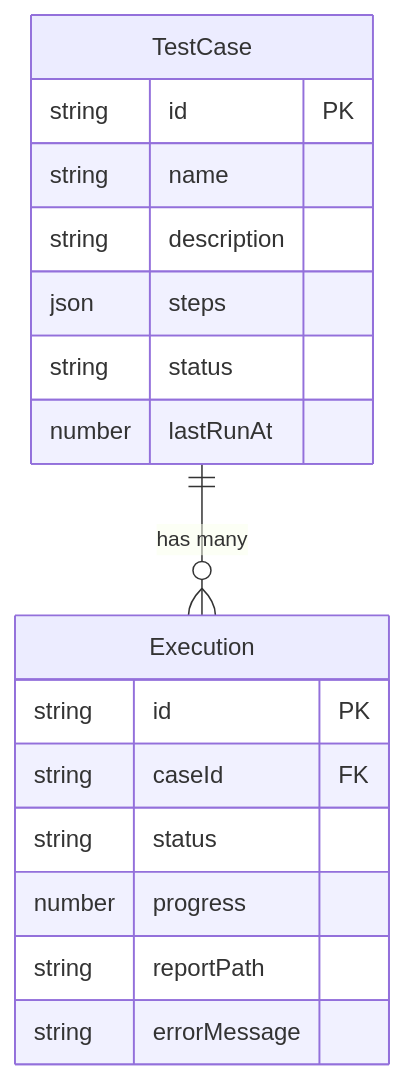
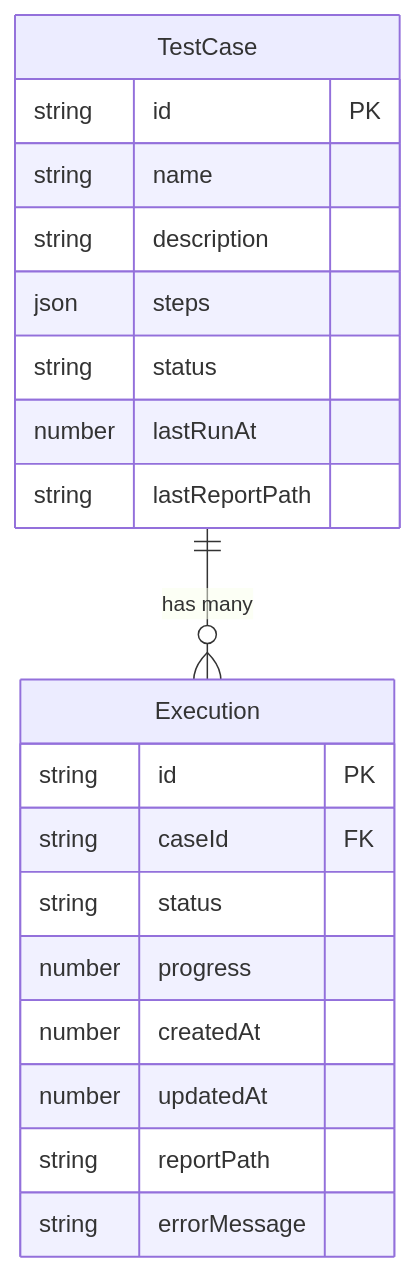
Before and after one commit to awdaaabbc/trae_projects: the second of 2 diagrams in ui-automation-demo/docs/demo项目文档.md, drawn with Mermaid. The commit also changed other lines of this file and 3 other files, not shown here.

````diff
--- a/ui-automation-demo/docs/demo项目文档.md
+++ b/ui-automation-demo/docs/demo项目文档.md
@@ -119,20 +141,23 @@
 ```mermaid
 erDiagram
     TestCase ||--o{ Execution : "has many"
     TestCase {
         string id PK
         string name
         string description
         json steps
         string status
         number lastRunAt
+        string lastReportPath
     }
     Execution {
         string id PK
         string caseId FK
         string status
         number progress
+        number createdAt
+        number updatedAt
         string reportPath
         string errorMessage
     }
 ```
````
